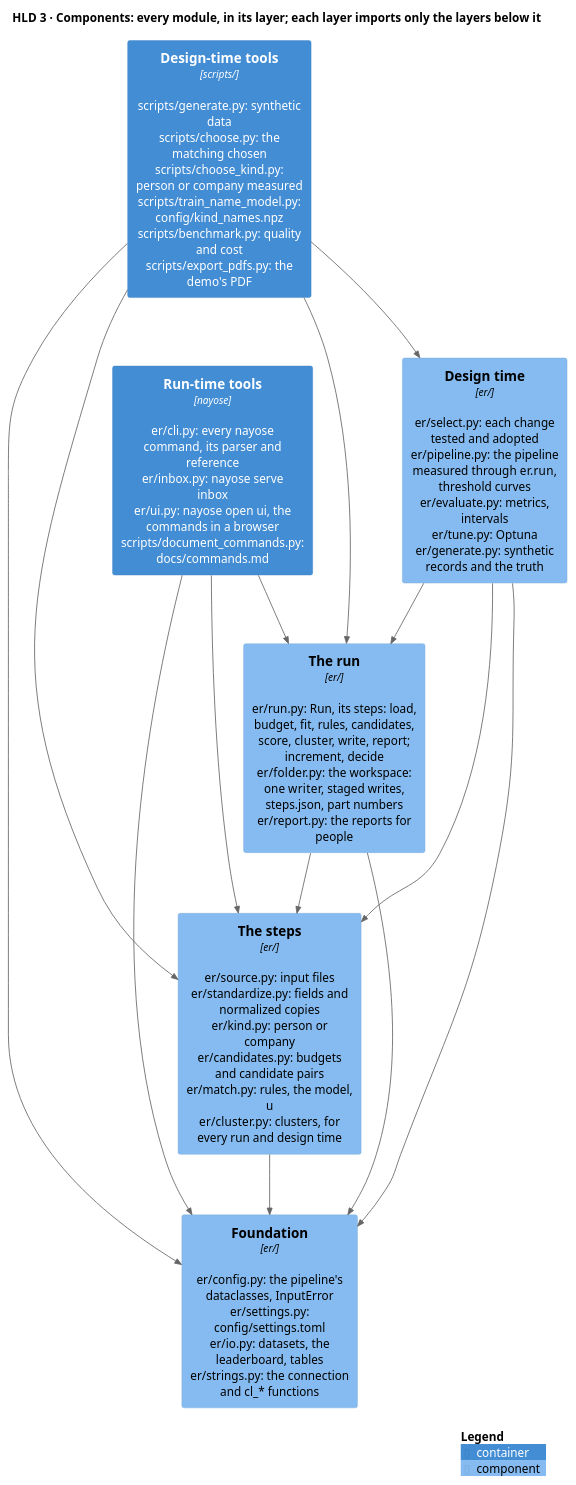
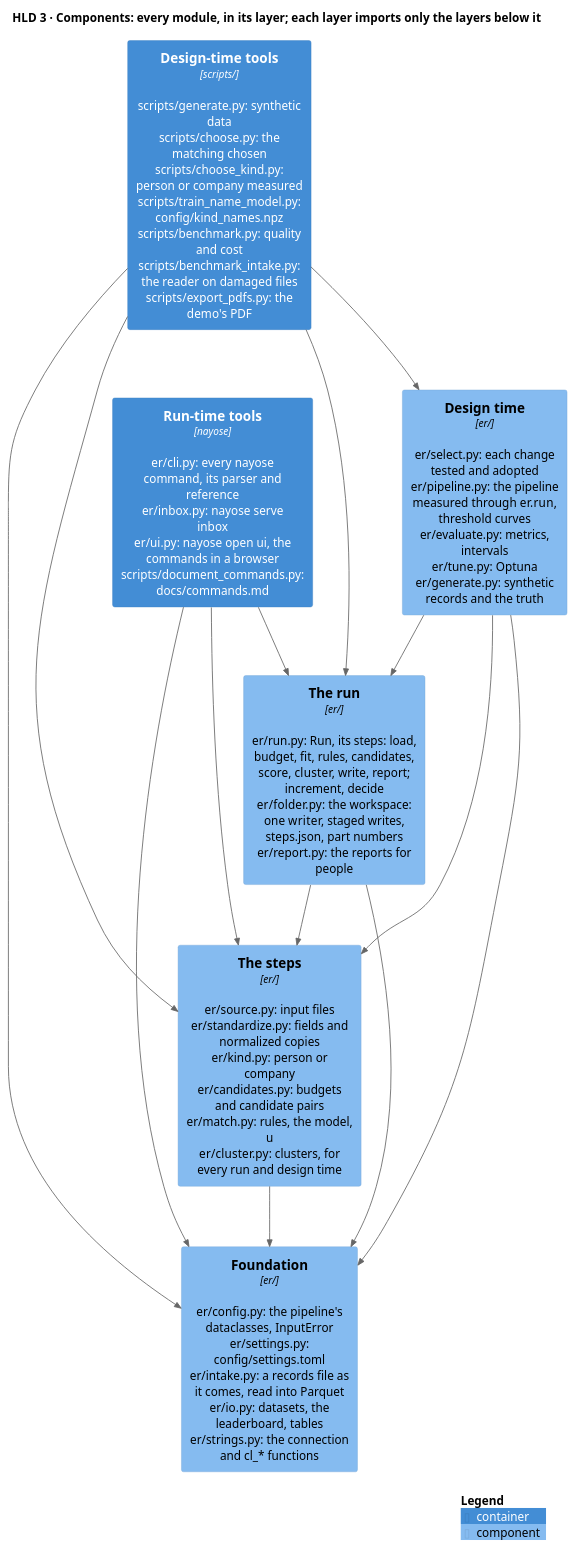
One commit to mvsbm/entity_matching changed the diagram in docs/diagrams/components.puml. Above: the diagram before and after it, drawn with PlantUML. The commit also changed 19 other files, not shown here.

```diff
--- a/docs/diagrams/components.puml
+++ b/docs/diagrams/components.puml
@@ -1,30 +1,30 @@
 @startuml components
 !include <C4/C4_Component>
 LAYOUT_TOP_DOWN()
 HIDE_STEREOTYPE()
 title HLD 3 · Components: every module, in its layer; each layer imports only the layers below it
 
 Container(tools_run, "Run-time tools", "nayose", "er/cli.py: every nayose command, its parser and reference\ner/inbox.py: nayose serve inbox\ner/ui.py: nayose open ui, the commands in a browser\nscripts/document_commands.py: docs/commands.md")
-Container(tools_design, "Design-time tools", "scripts/", "scripts/generate.py: synthetic data\nscripts/choose.py: the matching chosen\nscripts/choose_kind.py: person or company measured\nscripts/train_name_model.py: config/kind_names.npz\nscripts/benchmark.py: quality and cost\nscripts/export_pdfs.py: the demo's PDF")
+Container(tools_design, "Design-time tools", "scripts/", "scripts/generate.py: synthetic data\nscripts/choose.py: the matching chosen\nscripts/choose_kind.py: person or company measured\nscripts/train_name_model.py: config/kind_names.npz\nscripts/benchmark.py: quality and cost\nscripts/benchmark_intake.py: the reader on damaged files\nscripts/export_pdfs.py: the demo's PDF")
 
 Component(run, "The run", "er/", "er/run.py: Run, its steps: load, budget, fit, rules, candidates, score, cluster, write, report; increment, decide\ner/folder.py: the workspace: one writer, staged writes, steps.json, part numbers\ner/report.py: the reports for people")
 Component(design, "Design time", "er/", "er/select.py: each change tested and adopted\ner/pipeline.py: the pipeline measured through er.run, threshold curves\ner/evaluate.py: metrics, intervals\ner/tune.py: Optuna\ner/generate.py: synthetic records and the truth")
 Component(steps, "The steps", "er/", "er/source.py: input files\ner/standardize.py: fields and normalized copies\ner/kind.py: person or company\ner/candidates.py: budgets and candidate pairs\ner/match.py: rules, the model, u\ner/cluster.py: clusters, for every run and design time")
-Component(configuration, "Foundation", "er/", "er/config.py: the pipeline's dataclasses, InputError\ner/settings.py: config/settings.toml\ner/io.py: datasets, the leaderboard, tables\ner/strings.py: the connection and cl_* functions")
+Component(configuration, "Foundation", "er/", "er/config.py: the pipeline's dataclasses, InputError\ner/settings.py: config/settings.toml\ner/intake.py: a records file as it comes, read into Parquet\ner/io.py: datasets, the leaderboard, tables\ner/strings.py: the connection and cl_* functions")
 
 Rel_D(tools_run, run, "")
 Rel_D(tools_run, steps, "")
 Rel_D(tools_run, configuration, "")
 Rel_D(tools_design, run, "")
 Rel_D(tools_design, design, "")
 Rel_D(tools_design, steps, "")
 Rel_D(tools_design, configuration, "")
 Rel_D(run, steps, "")
 Rel_D(run, configuration, "")
 Rel_D(design, run, "")
 Rel_D(design, steps, "")
 Rel_D(design, configuration, "")
 Rel_D(steps, configuration, "")
 
 SHOW_LEGEND()
 @enduml
```
